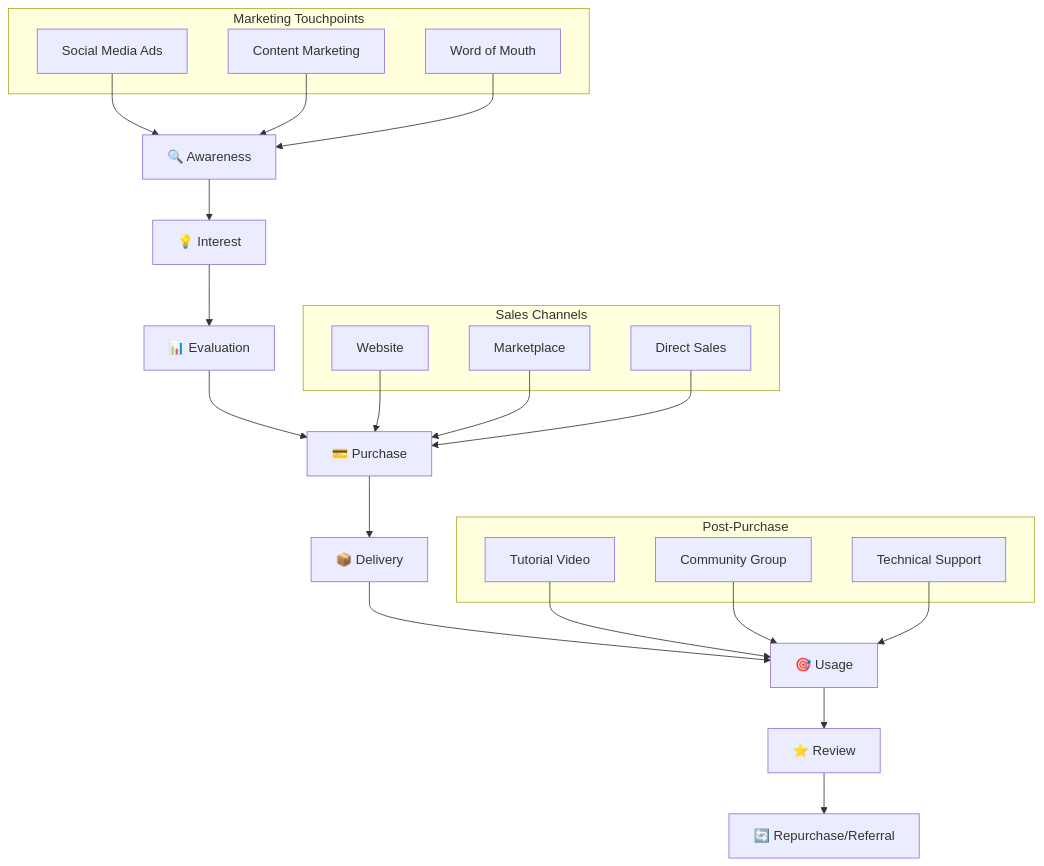
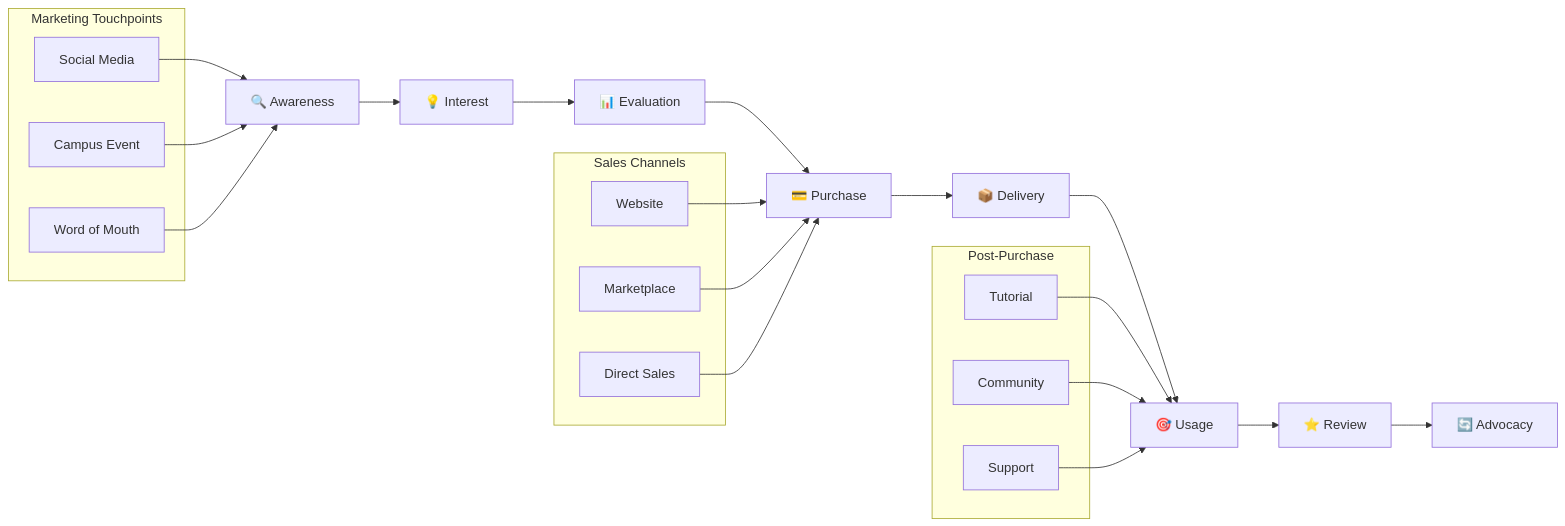
Before and after one commit to Farisshu/Perencanaan-Bisnis-Tugas-Polinema: the first of 2 diagrams in 01-RENCANA-PEMASARAN.md, drawn with Mermaid. The commit also changed other lines of this file and 3 other files, not shown here.

````diff
--- a/01-RENCANA-PEMASARAN.md
+++ b/01-RENCANA-PEMASARAN.md
@@ -130,38 +97,38 @@
 ```mermaid
-flowchart TD
+flowchart LR
     A[🔍 Awareness] --> B[💡 Interest]
     B --> C[📊 Evaluation]
     C --> D[💳 Purchase]
     D --> E[📦 Delivery]
     E --> F[🎯 Usage]
     F --> G[⭐ Review]
-    G --> H[🔄 Repurchase/Referral]
+    G --> H[🔄 Advocacy]
     
     subgraph "Marketing Touchpoints"
-        A1[Social Media Ads]
-        A2[Content Marketing]
+        A1[Social Media]
+        A2[Campus Event]
         A3[Word of Mouth]
     end
     
     subgraph "Sales Channels"
         D1[Website]
         D2[Marketplace]
         D3[Direct Sales]
     end
     
     subgraph "Post-Purchase"
-        F1[Tutorial Video]
-        F2[Community Group]
-        F3[Technical Support]
+        F1[Tutorial]
+        F2[Community]
+        F3[Support]
     end
     
     A1 --> A
     A2 --> A
     A3 --> A
     D1 --> D
     D2 --> D
     D3 --> D
     F1 --> F
     F2 --> F
     F3 --> F
 ```
````
